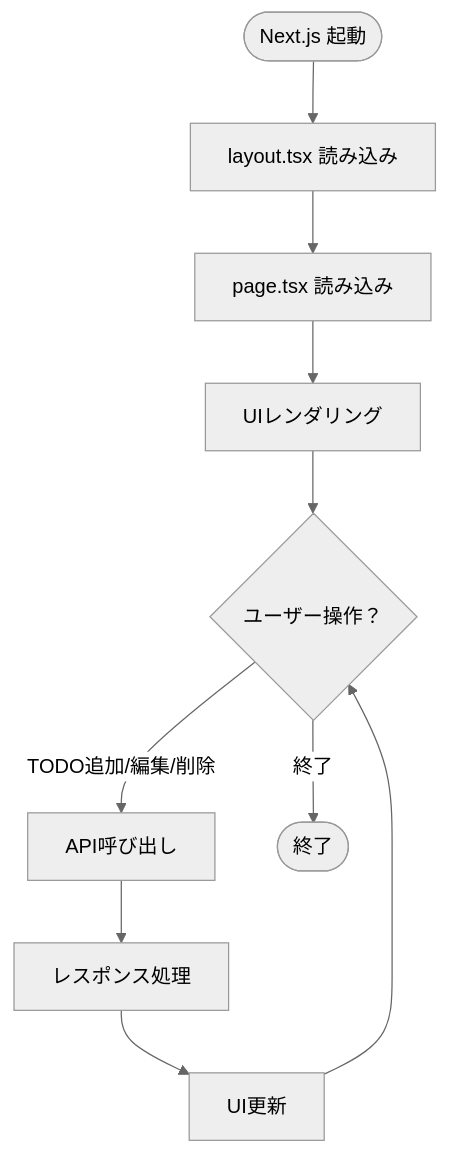
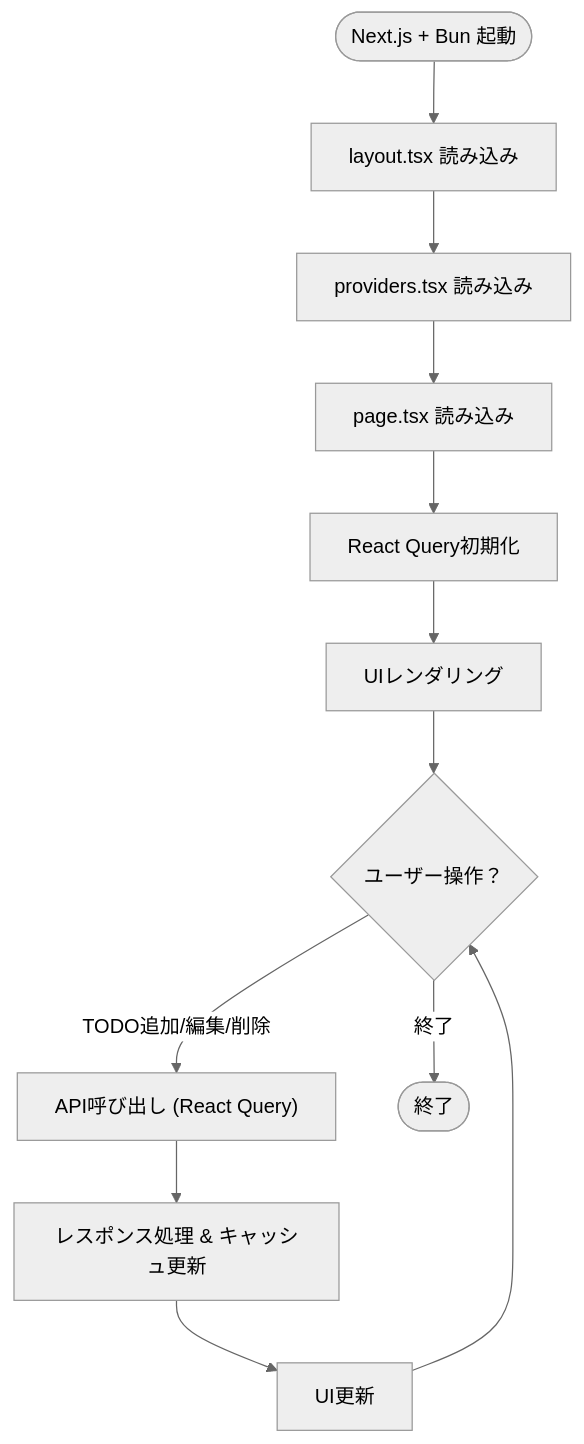
Before and after one commit to ss8806/Todos: the fourth of 6 diagrams in .qoder/repowiki/ja/content/プロジェクト概要.md, drawn with Mermaid (neutral theme). The commit also changed other lines of this file and 6 other files, not shown here.

````diff
--- a/.qoder/repowiki/ja/content/プロジェクト概要.md
+++ b/.qoder/repowiki/ja/content/プロジェクト概要.md
@@ -214,12 +241,14 @@
 ```mermaid
 flowchart TD
-Start(["Next.js 起動"]) --> LoadLayout["layout.tsx 読み込み"]
-LoadLayout --> LoadPage["page.tsx 読み込み"]
-LoadPage --> Render["UIレンダリング"]
+Start(["Next.js + Bun 起動"]) --> LoadLayout["layout.tsx 読み込み"]
+LoadLayout --> LoadProviders["providers.tsx 読み込み"]
+LoadProviders --> LoadPage["page.tsx 読み込み"]
+LoadPage --> SetupQuery["React Query初期化"]
+SetupQuery --> Render["UIレンダリング"]
 Render --> Interact{"ユーザー操作？"}
-Interact --> |TODO追加/編集/削除| CallAPI["API呼び出し"]
-CallAPI --> HandleResp["レスポンス処理"]
+Interact --> |TODO追加/編集/削除| CallAPI["API呼び出し (React Query)"]
+CallAPI --> HandleResp["レスポンス処理 & キャッシュ更新"]
 HandleResp --> UpdateUI["UI更新"]
 UpdateUI --> Interact
 Interact --> |終了| End(["終了"])
 ```
````
